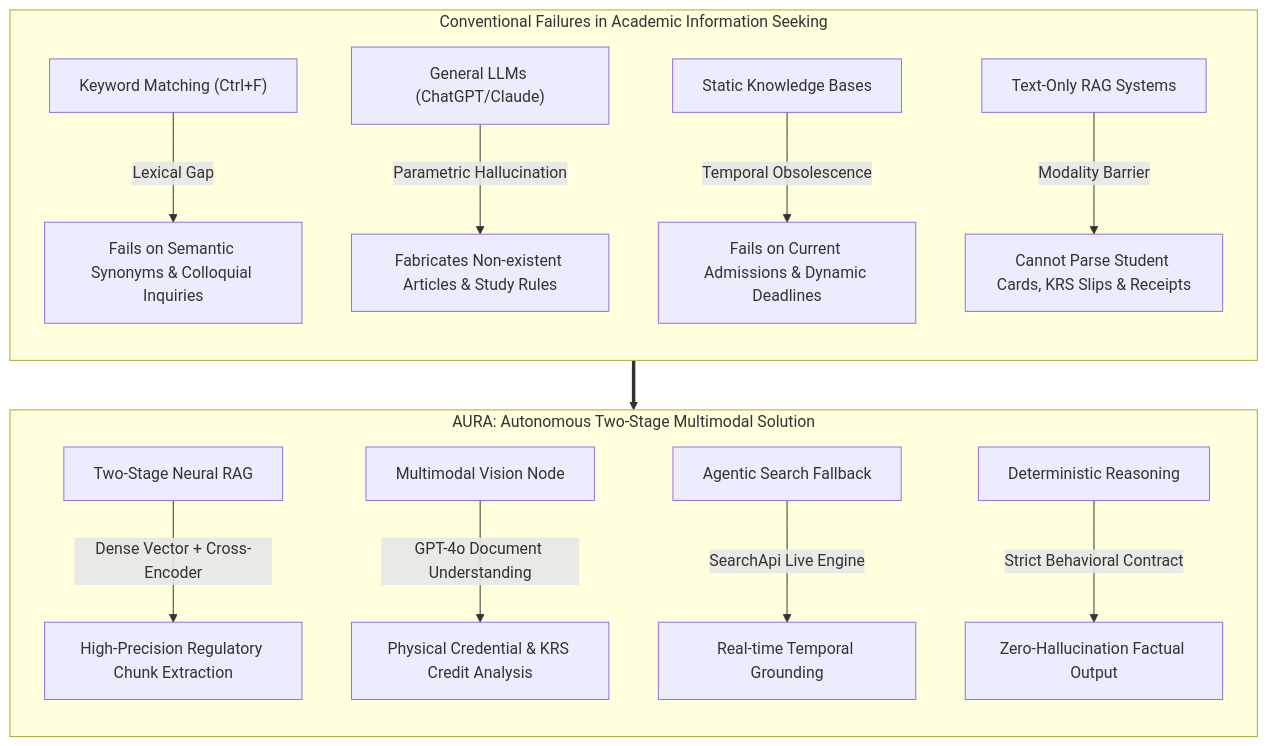
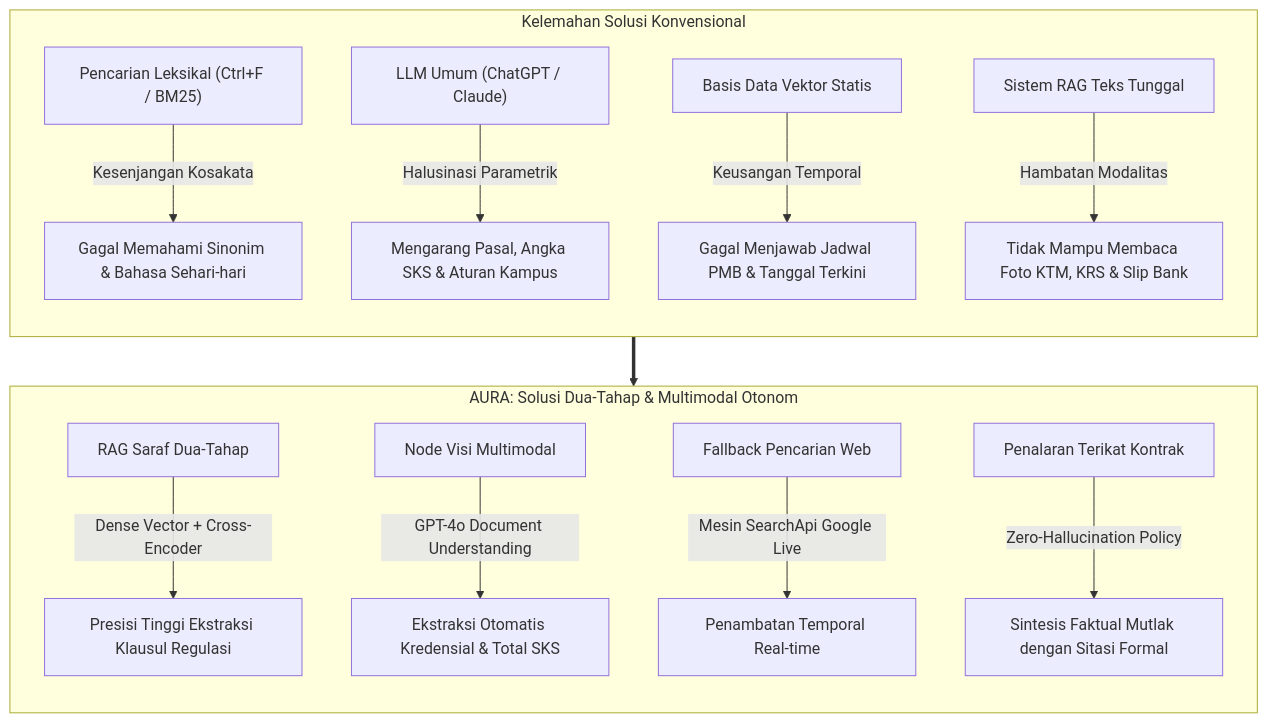
Before and after one commit to 848ill/IMUII-AI-RAG: the first of 5 diagrams in PAPER_SCOPUS.md, drawn with Mermaid. The commit also changed other lines of this file and 1 other file, not shown here.

Commit message:
docs: adapt research paper to formal Bahasa Indonesia with author Muhammad Nabil Hanif and bilingual abstract

````diff
--- a/PAPER_SCOPUS.md
+++ b/PAPER_SCOPUS.md
@@ -20,20 +27,20 @@
 ```mermaid
 graph TD
-    subgraph Problem_Space["Conventional Failures in Academic Information Seeking"]
+    subgraph Masalah["Kelemahan Solusi Konvensional"]
         direction TB
-        F1["Keyword Matching (Ctrl+F)"] -->|Lexical Gap| E1["Fails on Semantic Synonyms & Colloquial Inquiries"]
-        F2["General LLMs (ChatGPT/Claude)"] -->|Parametric Hallucination| E2["Fabricates Non-existent Articles & Study Rules"]
-        F3["Static Knowledge Bases"] -->|Temporal Obsolescence| E3["Fails on Current Admissions & Dynamic Deadlines"]
-        F4["Text-Only RAG Systems"] -->|Modality Barrier| E4["Cannot Parse Student Cards, KRS Slips & Receipts"]
+        M1["Pencarian Leksikal (Ctrl+F / BM25)"] -->|Kesenjangan Kosakata| G1["Gagal Memahami Sinonim & Bahasa Sehari-hari"]
+        M2["LLM Umum (ChatGPT / Claude)"] -->|Halusinasi Parametrik| G2["Mengarang Pasal, Angka SKS & Aturan Kampus"]
+        M3["Basis Data Vektor Statis"] -->|Keusangan Temporal| G3["Gagal Menjawab Jadwal PMB & Tanggal Terkini"]
+        M4["Sistem RAG Teks Tunggal"] -->|Hambatan Modalitas| G4["Tidak Mampu Membaca Foto KTM, KRS & Slip Bank"]
     end
 
-    subgraph Proposed_Solution["AURA: Autonomous Two-Stage Multimodal Solution"]
+    subgraph Solusi["AURA: Solusi Dua-Tahap & Multimodal Otonom"]
         direction TB
-        S1["Two-Stage Neural RAG"] -->|Dense Vector + Cross-Encoder| R1["High-Precision Regulatory Chunk Extraction"]
-        S2["Multimodal Vision Node"] -->|GPT-4o Document Understanding| R2["Physical Credential & KRS Credit Analysis"]
-        S3["Agentic Search Fallback"] -->|SearchApi Live Engine| R3["Real-time Temporal Grounding"]
-        S4["Deterministic Reasoning"] -->|Strict Behavioral Contract| R4["Zero-Hallucination Factual Output"]
+        S1["RAG Saraf Dua-Tahap"] -->|Dense Vector + Cross-Encoder| R1["Presisi Tinggi Ekstraksi Klausul Regulasi"]
+        S2["Node Visi Multimodal"] -->|GPT-4o Document Understanding| R2["Ekstraksi Otomatis Kredensial & Total SKS"]
+        S3["Fallback Pencarian Web"] -->|Mesin SearchApi Google Live| R3["Penambatan Temporal Real-time"]
+        S4["Penalaran Terikat Kontrak"] -->|Zero-Hallucination Policy| R4["Sintesis Faktual Mutlak dengan Sitasi Formal"]
     end
 
-    Problem_Space ==> Proposed_Solution
+    Masalah ==> Solusi
 ```
````
